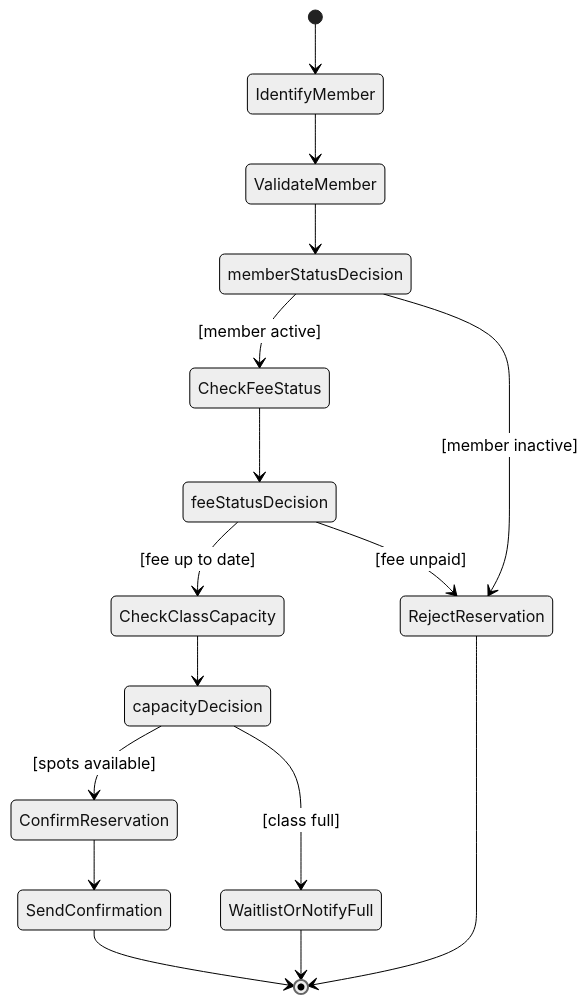
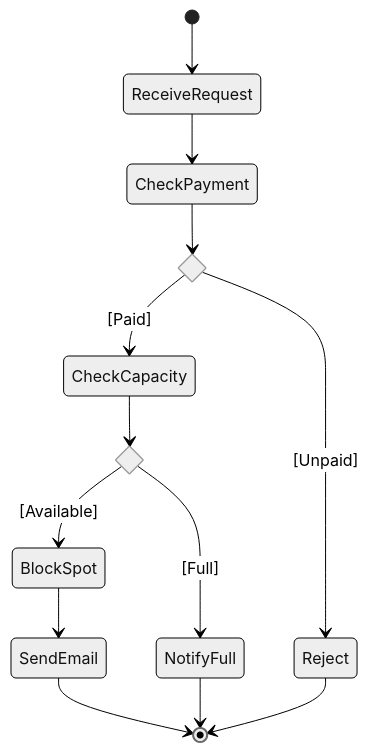
The fourth of 5 diagrams in README.md (rubenco615-wq/Entornos-7.5), drawn with Mermaid (neutral theme) before and after one commit. The commit also changed other lines of this file, not shown here.

First line of the commit message:
Revise exercises and diagrams in README

````diff
--- a/README.md
+++ b/README.md
@@ -33,27 +91,24 @@
 ```mermaid
 stateDiagram-v2
-    [*] --> IdentifyMember
+    [*] --> ReceiveRequest
 
-    IdentifyMember --> ValidateMember
-    ValidateMember --> memberStatusDecision
+    ReceiveRequest --> CheckPayment
+    
+    state paymentDecision <<choice>>
+    CheckPayment --> paymentDecision
+    
+    paymentDecision --> CheckCapacity: [Paid]
+    paymentDecision --> Reject: [Unpaid]
 
-    state memberStatusDecision <<choice>>
-    memberStatusDecision --> CheckFeeStatus : [member active]
-    memberStatusDecision --> RejectReservation : [member inactive]
+    state capacityDecision <<choice>>
+    CheckCapacity --> capacityDecision
 
-    CheckFeeStatus --> feeStatusDecision
-    state feeStatusDecision <<choice>>
-    feeStatusDecision --> CheckClassCapacity : [fee up to date]
-    feeStatusDecision --> RejectReservation : [fee unpaid]
+    capacityDecision --> BlockSpot: [Available]
+    capacityDecision --> NotifyFull: [Full]
 
-    CheckClassCapacity --> capacityDecision
-    state capacityDecision <<choice>>
-    capacityDecision --> ConfirmReservation : [spots available]
-    capacityDecision --> WaitlistOrNotifyFull : [class full]
+    BlockSpot --> SendEmail
 
-    ConfirmReservation --> SendConfirmation
-    SendConfirmation --> [*]
-
-    RejectReservation --> [*]
-    WaitlistOrNotifyFull --> [*]
+    SendEmail --> [*]
+    Reject --> [*]
+    NotifyFull --> [*]
 ```
````
